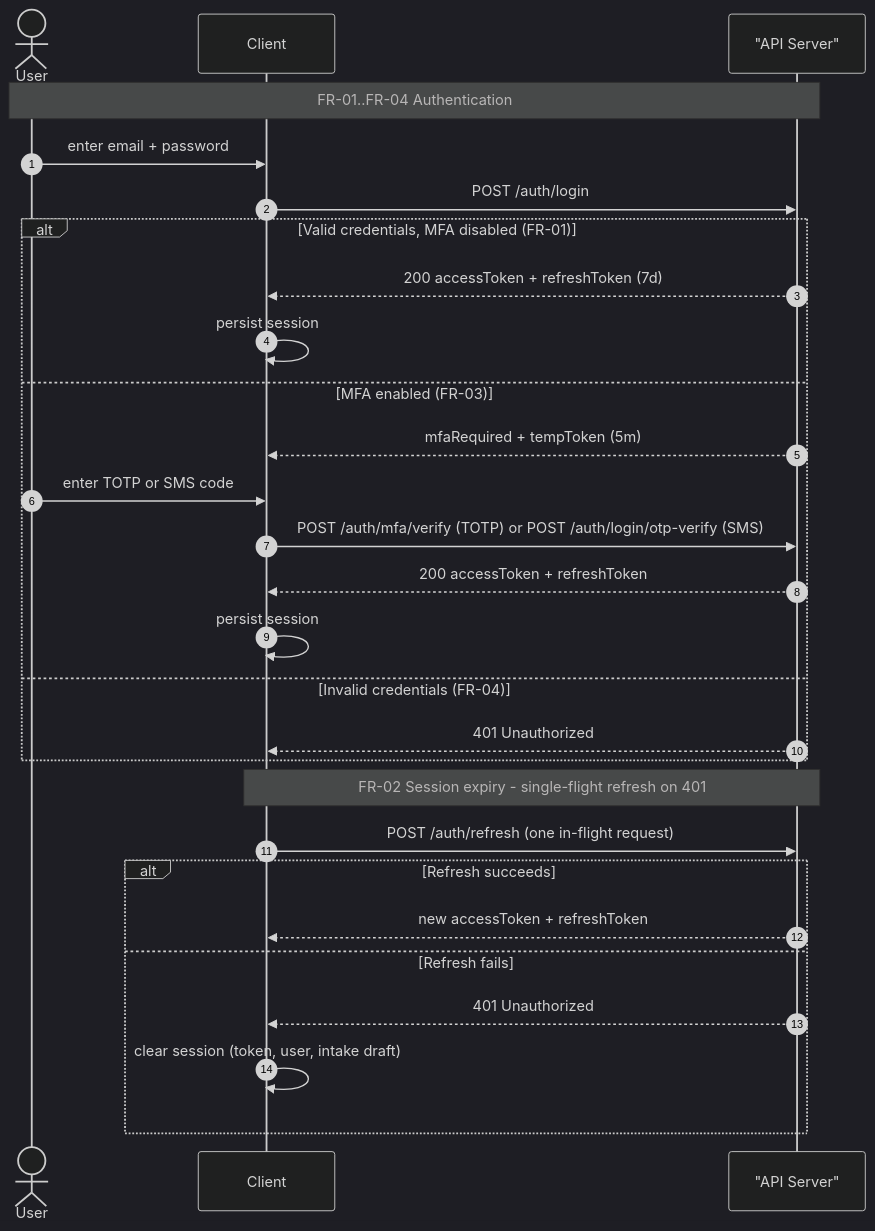
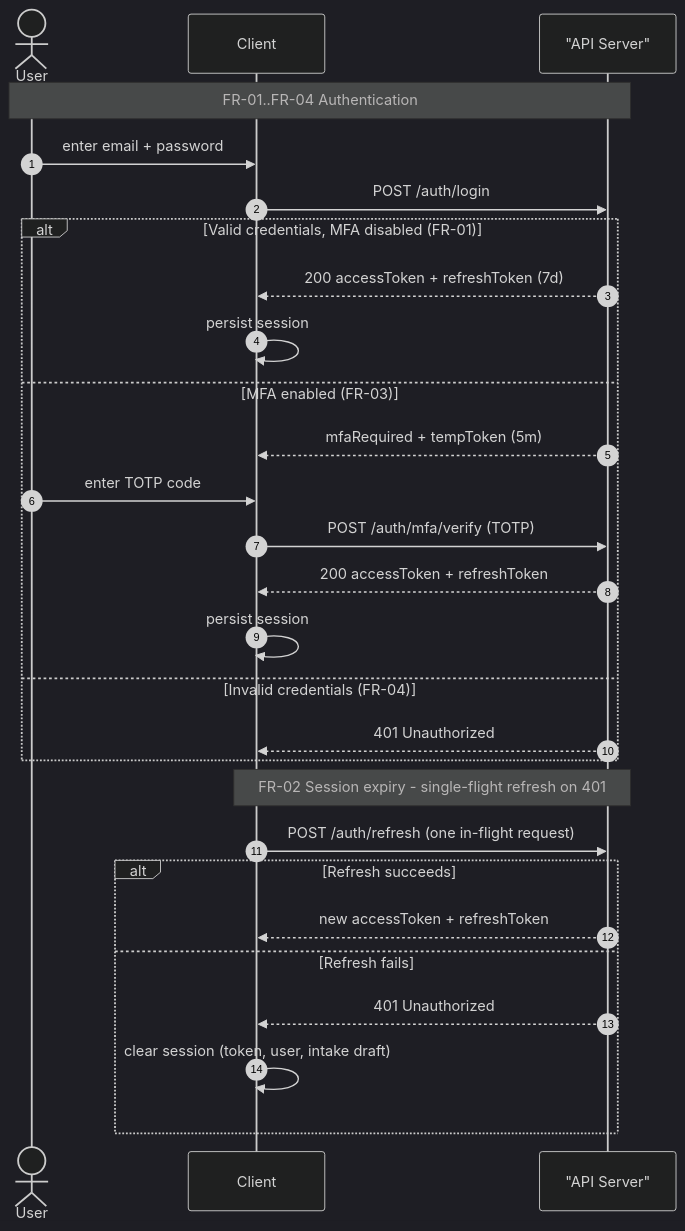
Before and after one commit to urlsalimbot/THESIS1-KAPWA: the first of 4 diagrams in docs/diagrams/03-sequence-diagram.md, drawn with Mermaid (dark theme). The commit also changed other lines of this file and 17 other files, not shown here.

First line of the commit message:
docs(roles): model claimants as beneficiary representatives; drop SMS OTP and native-build claims

````diff
--- a/docs/diagrams/03-sequence-diagram.md
+++ b/docs/diagrams/03-sequence-diagram.md
@@ -39,32 +39,32 @@
 ```mermaid
 sequenceDiagram
     autonumber
     actor User
     participant Client
     participant Server as "API Server"
 
     Note over User,Server: FR-01..FR-04 Authentication
     User->>Client: enter email + password
     Client->>Server: POST /auth/login
     alt Valid credentials, MFA disabled (FR-01)
         Server-->>Client: 200 accessToken + refreshToken (7d)
         Client->>Client: persist session
     else MFA enabled (FR-03)
         Server-->>Client: mfaRequired + tempToken (5m)
-        User->>Client: enter TOTP or SMS code
-        Client->>Server: POST /auth/mfa/verify (TOTP) or POST /auth/login/otp-verify (SMS)
+        User->>Client: enter TOTP code
+        Client->>Server: POST /auth/mfa/verify (TOTP)
         Server-->>Client: 200 accessToken + refreshToken
         Client->>Client: persist session
     else Invalid credentials (FR-04)
         Server-->>Client: 401 Unauthorized
     end
 
     Note over Client,Server: FR-02 Session expiry - single-flight refresh on 401
     Client->>Server: POST /auth/refresh (one in-flight request)
     alt Refresh succeeds
         Server-->>Client: new accessToken + refreshToken
     else Refresh fails
         Server-->>Client: 401 Unauthorized
         Client->>Client: clear session (token, user, intake draft)
     end
 ```
````
